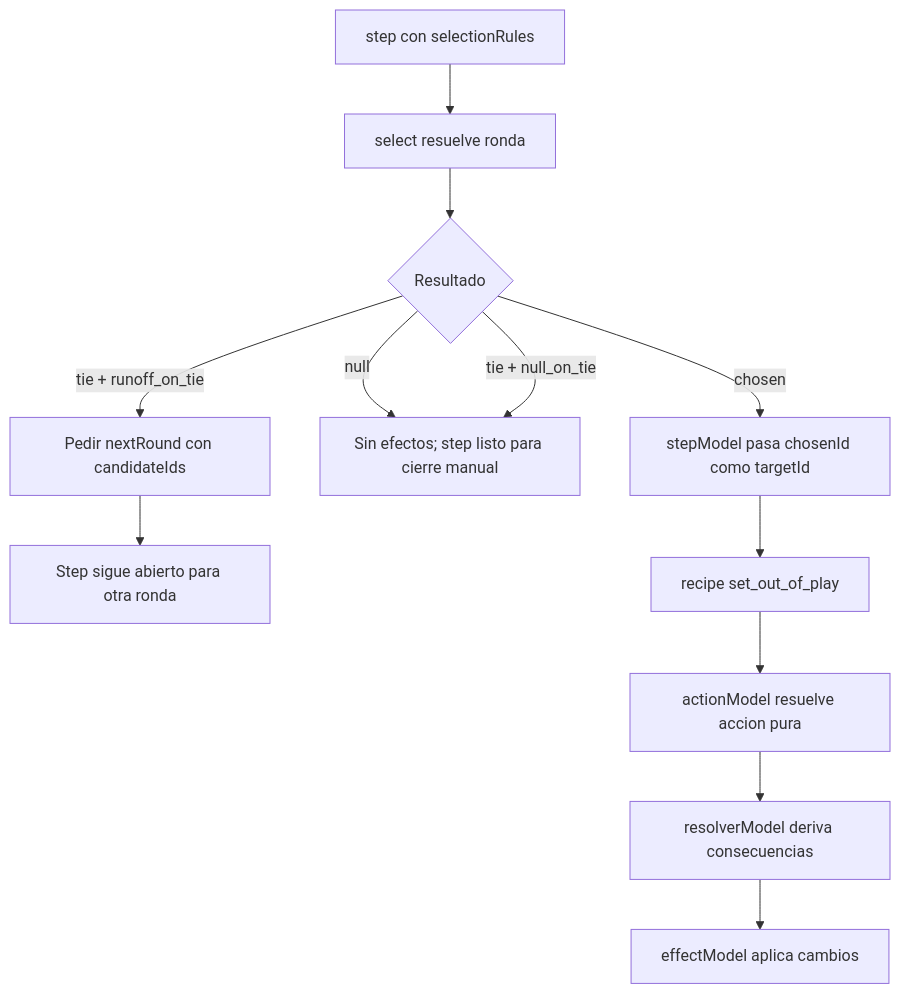
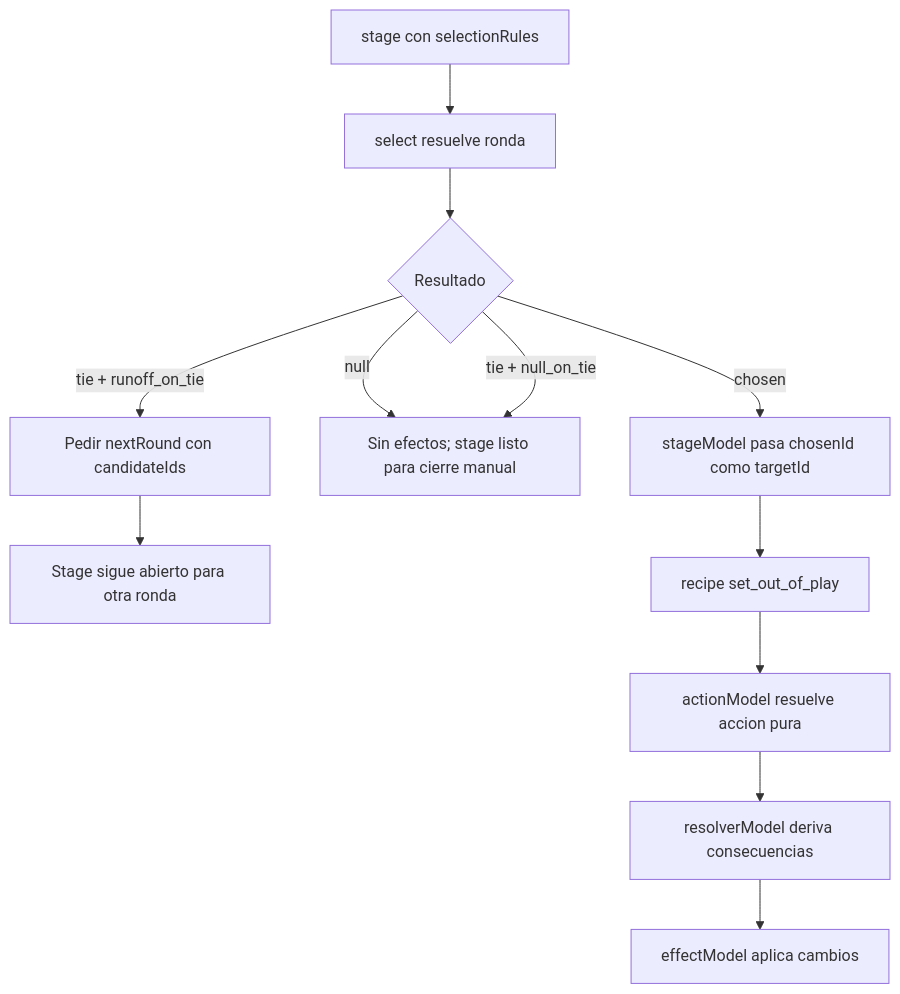
Diagram 14 of 14 in docs/engine_flow_map.md (juanramonmorandeira/castronegro-director), drawn with Mermaid before and after one commit. The commit also changed other lines of this file and 41 other files, not shown here.

````diff
--- a/docs/engine_flow_map.md
+++ b/docs/engine_flow_map.md
@@ -703,14 +727,14 @@
 ```mermaid
 flowchart TD
-  A[step con selectionRules] --> B[select resuelve ronda]
+  A[stage con selectionRules] --> B[select resuelve ronda]
   B --> C{Resultado}
-  C -->|chosen| E[stepModel pasa chosenId como targetId]
-  C -->|null| D[Sin efectos; step listo para cierre manual]
+  C -->|chosen| E[stageModel pasa chosenId como targetId]
+  C -->|null| D[Sin efectos; stage listo para cierre manual]
   C -->|tie + null_on_tie| D
   C -->|tie + runoff_on_tie| R[Pedir nextRound con candidateIds]
-  R --> S[Step sigue abierto para otra ronda]
+  R --> S[Stage sigue abierto para otra ronda]
   E --> F[recipe set_out_of_play]
   F --> G[actionModel resuelve accion pura]
   G --> H[resolverModel deriva consecuencias]
   H --> I[effectModel aplica cambios]
 ```
````
